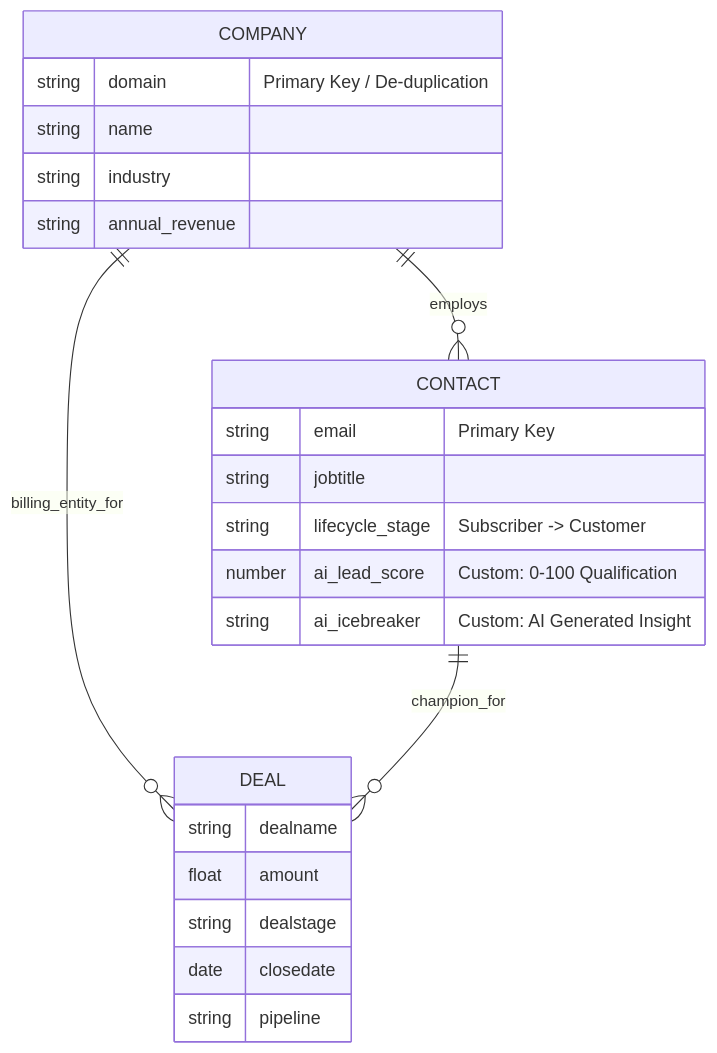
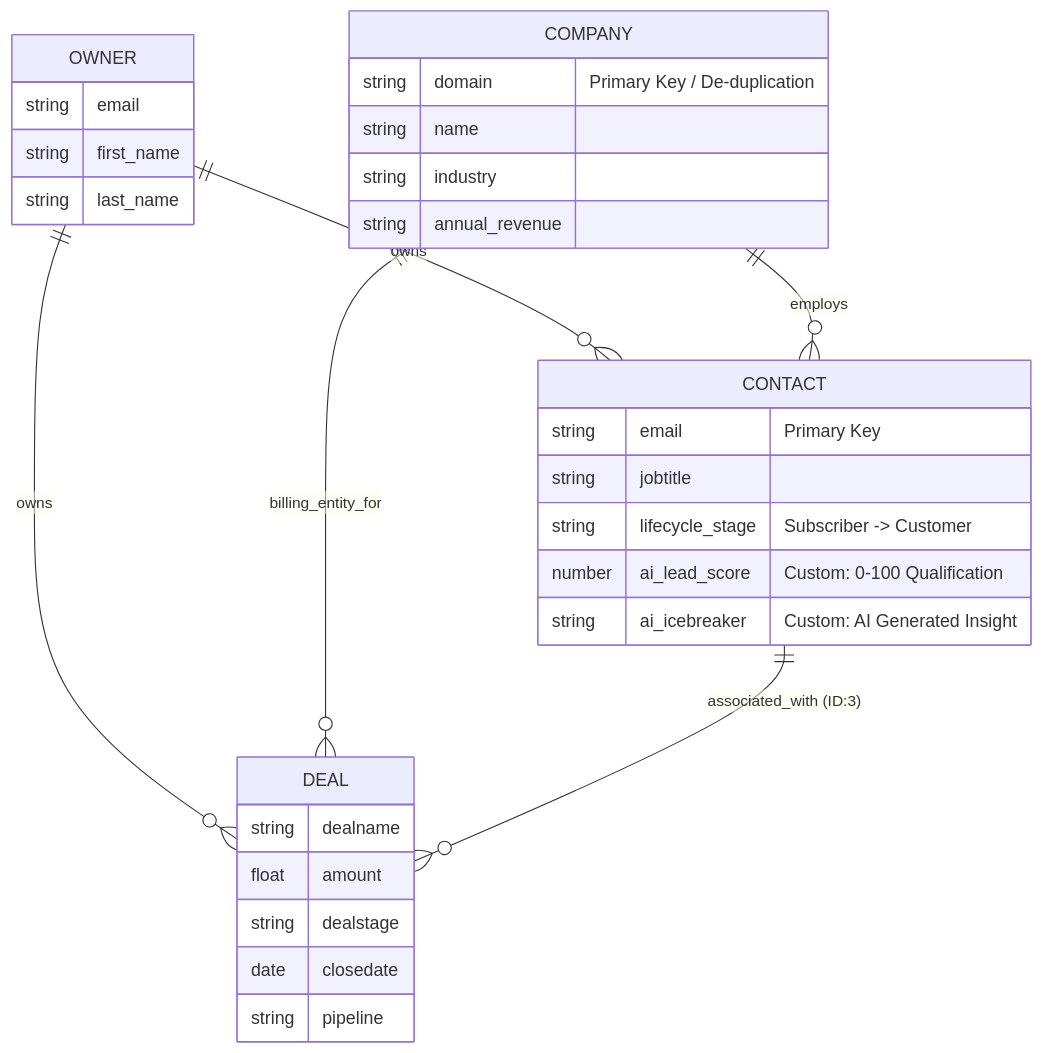
One commit to bjamesdowning/hubspot-assessment changed the diagram in README.md. Above: the diagram before and after it, drawn with Mermaid. The commit also changed other lines of this file, not shown here.

````diff
--- a/README.md
+++ b/README.md
@@ -75,27 +81,34 @@
 ```mermaid
 erDiagram
+    OWNER ||--o{ CONTACT : "owns"
+    OWNER ||--o{ DEAL : "owns"
     COMPANY ||--o{ CONTACT : "employs"
     COMPANY ||--o{ DEAL : "billing_entity_for"
-    CONTACT ||--o{ DEAL : "champion_for"
+    CONTACT ||--o{ DEAL : "associated_with (ID:3)"
 
+    OWNER {
+        string email
+        string first_name
+        string last_name
+    }
     COMPANY {
         string domain "Primary Key / De-duplication"
         string name
         string industry
         string annual_revenue
     }
     CONTACT {
         string email "Primary Key"
         string jobtitle
         string lifecycle_stage "Subscriber -> Customer"
         number ai_lead_score "Custom: 0-100 Qualification"
         string ai_icebreaker "Custom: AI Generated Insight"
     }
     DEAL {
         string dealname
         float amount
         string dealstage
         date closedate
         string pipeline
     }
 ```
````
